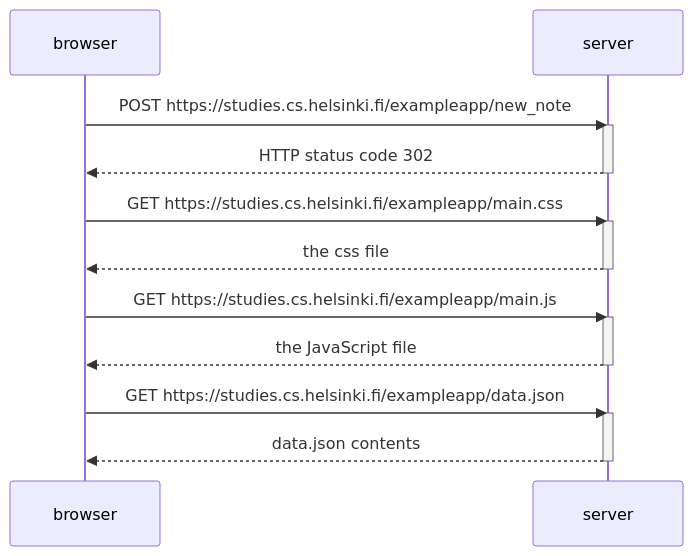
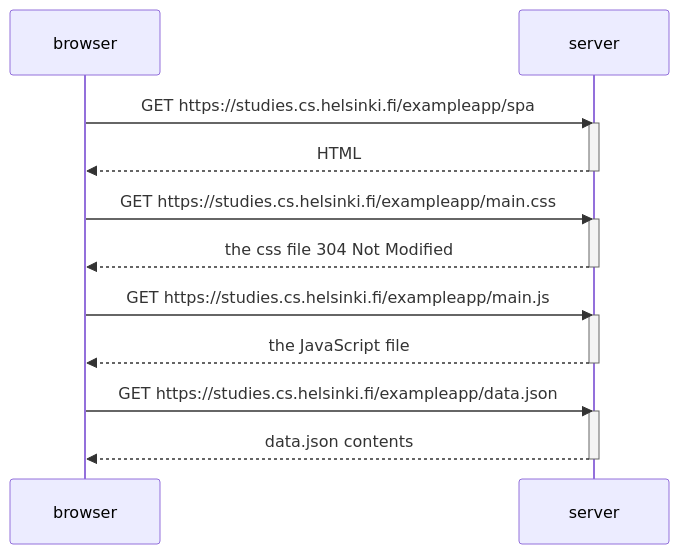
Before and after one commit to Huputtautunut/FullStackOpen2023: the diagram in Part 0/5 Single Page App.md, drawn with Mermaid.

Commit message:
Update 5 Single Page App.md

````diff
--- a/Part 0/5 Single Page App.md
+++ b/Part 0/5 Single Page App.md
@@ -3,25 +3,25 @@
 ```mermaid
 sequenceDiagram
     participant browser
     participant server
 
-    browser->>server: POST https://studies.cs.helsinki.fi/exampleapp/new_note
+    browser->>server: GET https://studies.cs.helsinki.fi/exampleapp/spa
     activate server
-    server-->>browser: HTTP status code 302
+    server-->>browser: HTML
     deactivate server
 
    browser->>server: GET https://studies.cs.helsinki.fi/exampleapp/main.css
     activate server
-    server-->>browser: the css file
+    server-->>browser: the css file 304 Not Modified
     deactivate server
 
     browser->>server: GET https://studies.cs.helsinki.fi/exampleapp/main.js
     activate server
     server-->>browser: the JavaScript file
     deactivate server
 
    browser->>server: GET https://studies.cs.helsinki.fi/exampleapp/data.json
     activate server
     server-->>browser: data.json contents
     deactivate server
 ```
````
